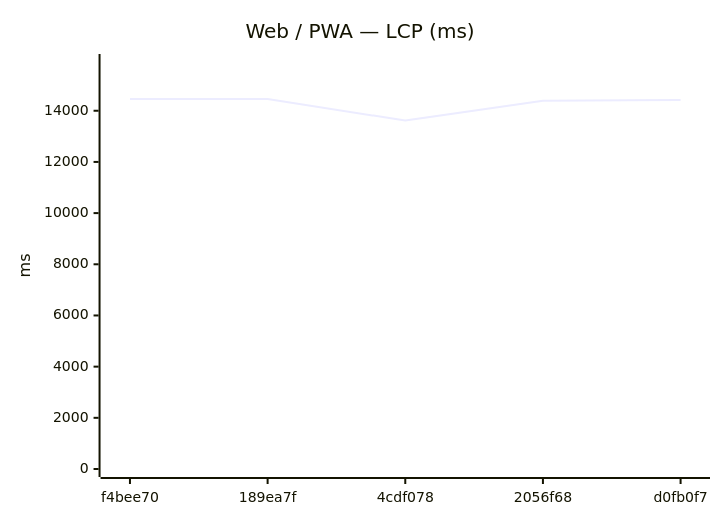
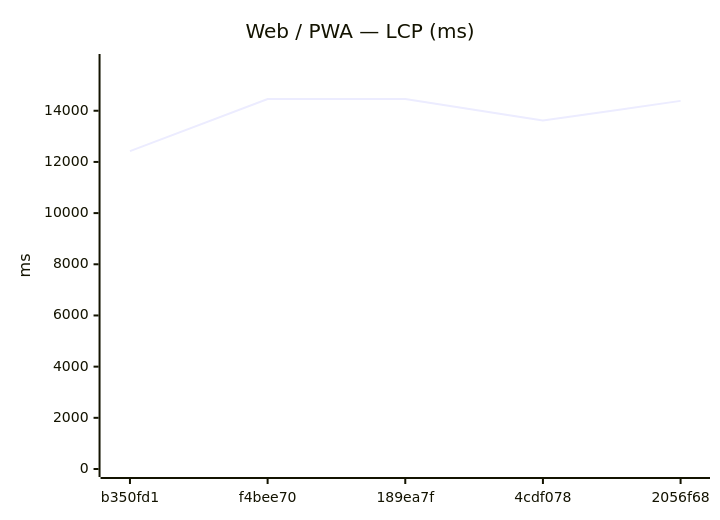
One commit to Metaheurist/Rianell changed the seventh of 18 diagrams in benchmarks/compare.md. Above: the diagram before and after it, drawn with Mermaid. The commit also changed other lines of this file and 11 other files, not shown here.

````diff
--- a/benchmarks/compare.md
+++ b/benchmarks/compare.md
@@ -117,7 +117,7 @@
 ```mermaid
 xychart-beta
     title "Web / PWA — LCP (ms)"
-    x-axis ["f4bee70", "189ea7f", "4cdf078", "2056f68", "d0fb0f7"]
+    x-axis ["b350fd1", "f4bee70", "189ea7f", "4cdf078", "2056f68"]
     y-axis "ms" 0 --> 15905
-    line [14457, 14459, 13617, 14386, 14419]
+    line [12420, 14457, 14459, 13617, 14386]
 ```
````
